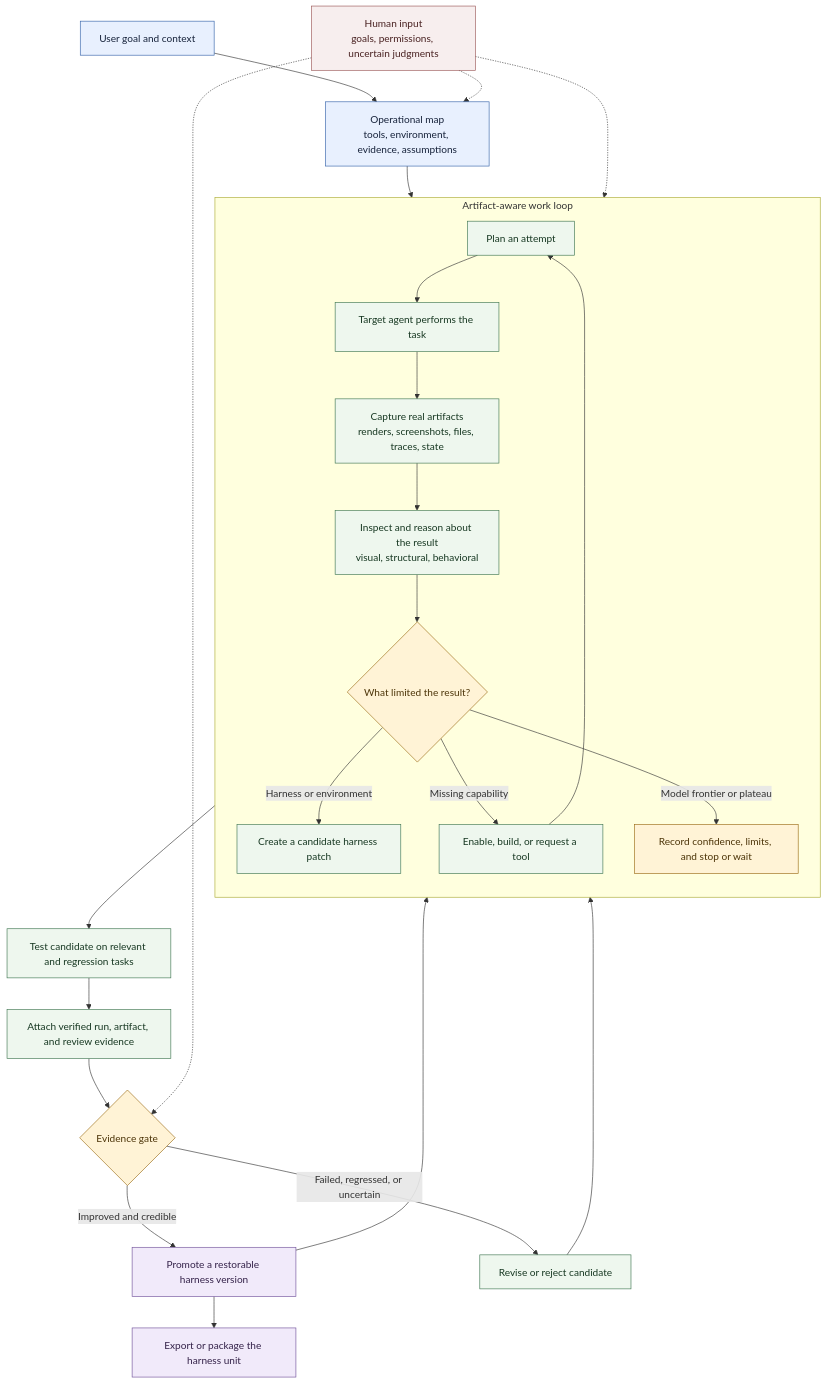
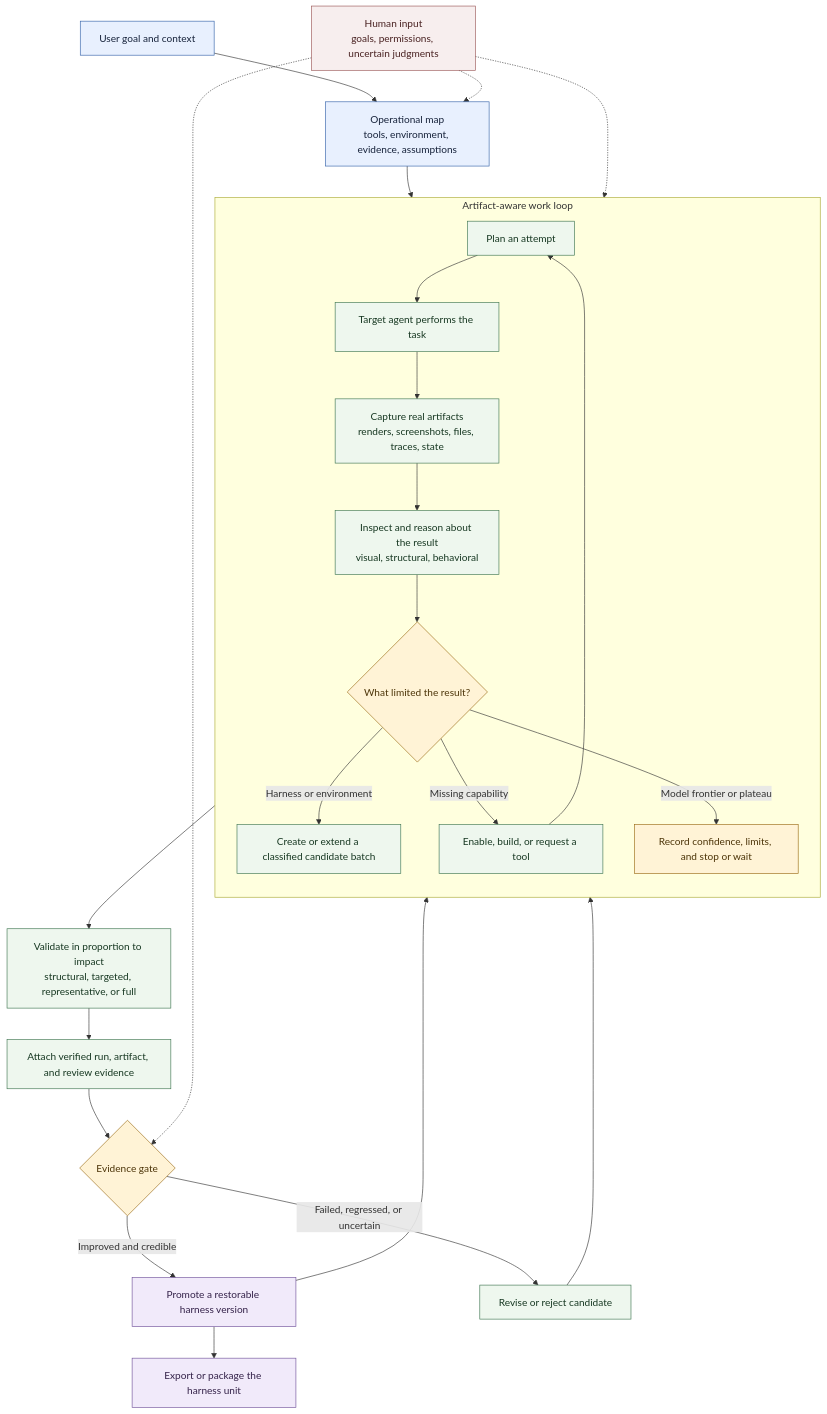
Before and after one commit to Ker102/Harneloop: the diagram in docs/framework-process.md, drawn with Mermaid. The commit also changed other lines of this file and 24 other files, not shown here.

````diff
--- a/docs/framework-process.md
+++ b/docs/framework-process.md
@@ -7,41 +7,41 @@
 ```mermaid
 flowchart TD
     U["User goal and context"] --> M["Operational map<br/>tools, environment, evidence, assumptions"]
 
     subgraph W["Artifact-aware work loop"]
         direction TB
         P["Plan an attempt"] --> X["Target agent performs the task"]
         X --> A["Capture real artifacts<br/>renders, screenshots, files, traces, state"]
         A --> I["Inspect and reason about the result<br/>visual, structural, behavioral"]
         I --> D{"What limited the result?"}
-        D -->|"Harness or environment"| C["Create a candidate harness patch"]
+        D -->|"Harness or environment"| C["Create or extend a classified candidate batch"]
         D -->|"Missing capability"| G["Enable, build, or request a tool"]
         D -->|"Model frontier or plateau"| S["Record confidence, limits, and stop or wait"]
         G --> P
     end
 
     M --> P
-    C --> T["Test candidate on relevant and regression tasks"]
+    C --> T["Validate in proportion to impact<br/>structural, targeted, representative, or full"]
     T --> E["Attach verified run, artifact, and review evidence"]
     E --> Q{"Evidence gate"}
     Q -->|"Improved and credible"| V["Promote a restorable harness version"]
     Q -->|"Failed, regressed, or uncertain"| R["Revise or reject candidate"]
     R --> P
     V --> O["Export or package the harness unit"]
     V --> P
 
     H["Human input<br/>goals, permissions, uncertain judgments"] -.-> M
     H -.-> G
     H -.-> Q
 
     classDef context fill:#e8f0fe,stroke:#3563a9,color:#17233b;
     classDef work fill:#eef7ee,stroke:#3e7550,color:#173822;
     classDef gate fill:#fff3d6,stroke:#9a6b16,color:#4d3509;
     classDef version fill:#f1eafa,stroke:#70519a,color:#342249;
     classDef human fill:#f7eeee,stroke:#9a5656,color:#492222;
     class U,M context;
     class P,X,A,I,C,G,T,E,R work;
     class D,Q,S gate;
     class V,O version;
     class H human;
 ```
````
